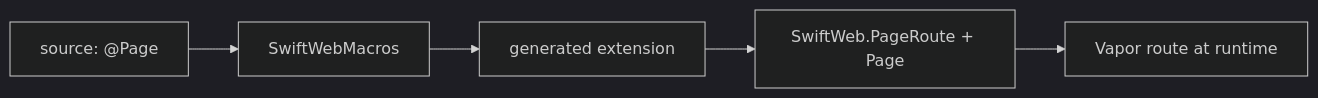
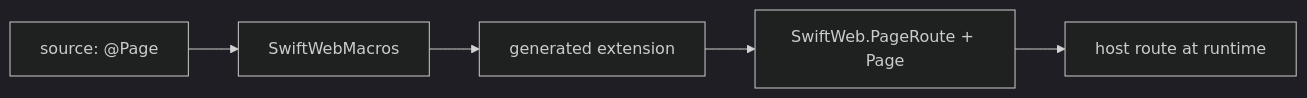
The first of 2 diagrams in Sources/SwiftWebMacros/README.md (1amageek/swift-web), drawn with Mermaid (dark theme) before and after one commit. The commit also changed other lines of this file and 30 other files, not shown here.

````diff
--- a/Sources/SwiftWebMacros/README.md
+++ b/Sources/SwiftWebMacros/README.md
@@ -22,7 +22,7 @@
 ```mermaid
 flowchart LR
   A["source: @Page"] --> B["SwiftWebMacros"]
   B --> C["generated extension"]
   C --> D["SwiftWeb.PageRoute + Page"]
-  D --> E["Vapor route at runtime"]
+  D --> E["host route at runtime"]
 ```
````
